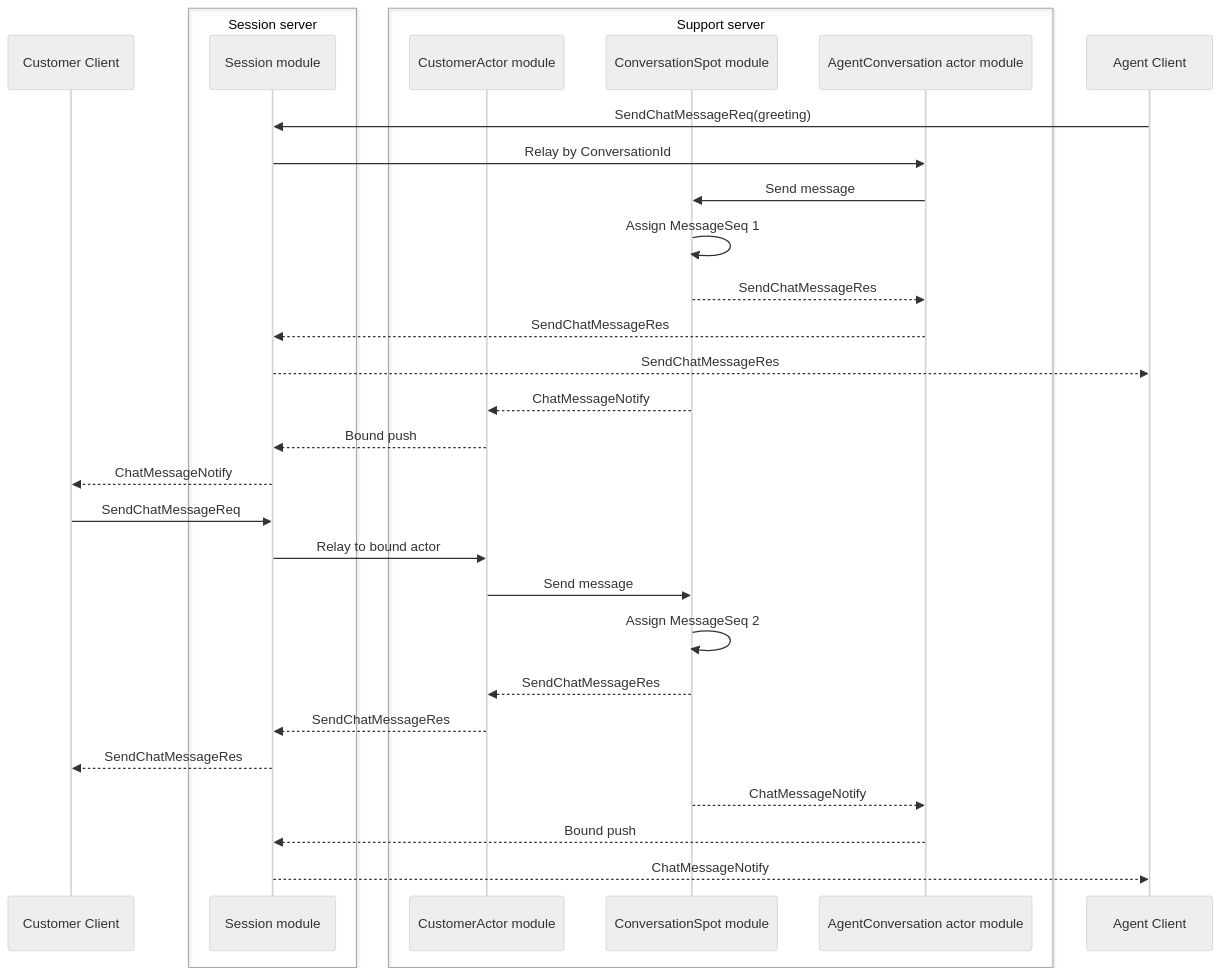
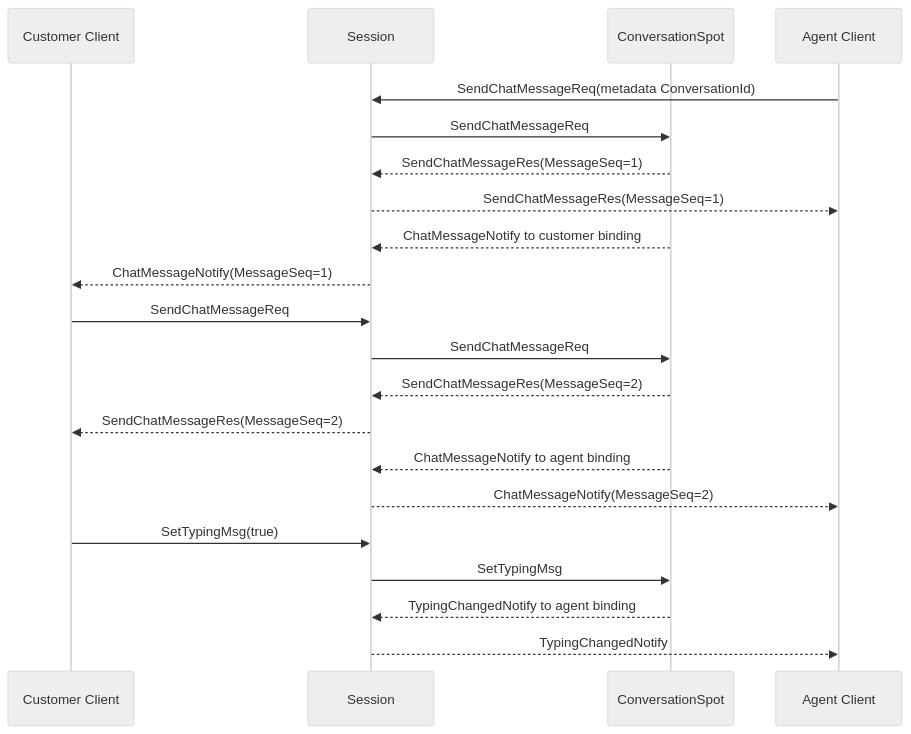
Before and after one commit to kairos-code-dev/zlink: the third of 4 diagrams in framework/doc/framework/common/sample/supportchat/README.ko.md, drawn with Mermaid (neutral theme). The commit also changed other lines of this file and 39 other files, not shown here.

````diff
--- a/framework/doc/framework/common/sample/supportchat/README.ko.md
+++ b/framework/doc/framework/common/sample/supportchat/README.ko.md
@@ -756,37 +390,24 @@
 ```mermaid
 sequenceDiagram
     participant C as Customer Client
-
-    box Session server
-        participant S as Session module
-    end
-
-    box Support server
-        participant CA as CustomerActor module
-        participant R as ConversationSpot module
-        participant AA as AgentConversation actor module
-    end
-
+    participant S as Session
+    participant P as ConversationSpot
     participant A as Agent Client
 
-    A->>S: SendChatMessageReq(greeting)
-    S->>AA: Relay by ConversationId
-    AA->>R: Send message
-    R->>R: Assign MessageSeq 1
-    R-->>AA: SendChatMessageRes
-    AA-->>S: SendChatMessageRes
-    S-->>A: SendChatMessageRes
-    R-->>CA: ChatMessageNotify
-    CA-->>S: Bound push
-    S-->>C: ChatMessageNotify
+    A->>S: SendChatMessageReq(metadata ConversationId)
+    S->>P: SendChatMessageReq
+    P-->>S: SendChatMessageRes(MessageSeq=1)
+    S-->>A: SendChatMessageRes(MessageSeq=1)
+    P-->>S: ChatMessageNotify to customer binding
+    S-->>C: ChatMessageNotify(MessageSeq=1)
     C->>S: SendChatMessageReq
-    S->>CA: Relay to bound actor
-    CA->>R: Send message
-    R->>R: Assign MessageSeq 2
-    R-->>CA: SendChatMessageRes
-    CA-->>S: SendChatMessageRes
-    S-->>C: SendChatMessageRes
-    R-->>AA: ChatMessageNotify
-    AA-->>S: Bound push
-    S-->>A: ChatMessageNotify
+    S->>P: SendChatMessageReq
+    P-->>S: SendChatMessageRes(MessageSeq=2)
+    S-->>C: SendChatMessageRes(MessageSeq=2)
+    P-->>S: ChatMessageNotify to agent binding
+    S-->>A: ChatMessageNotify(MessageSeq=2)
+    C->>S: SetTypingMsg(true)
+    S->>P: SetTypingMsg
+    P-->>S: TypingChangedNotify to agent binding
+    S-->>A: TypingChangedNotify
 ```
````
